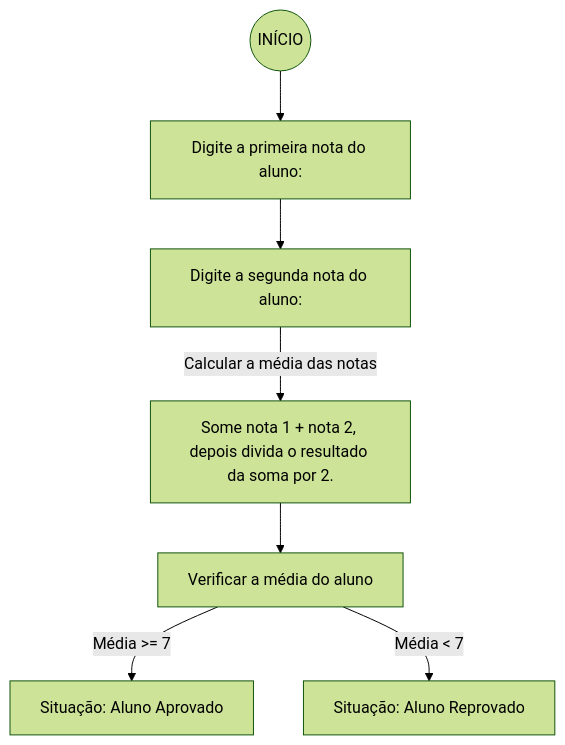
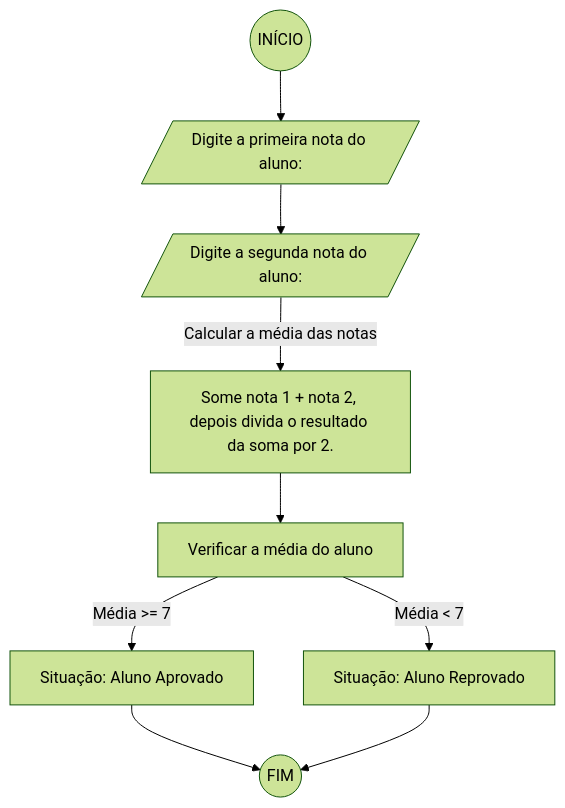
The third of 4 diagrams in RLA/Lista de exercícios 01.md (IamTheNewGhost57/Unifor), drawn with Mermaid (forest theme) before and after one commit. The commit also changed other lines of this file, not shown here.

````diff
--- a/RLA/Lista de exercícios 01.md
+++ b/RLA/Lista de exercícios 01.md
@@ -85,9 +85,11 @@
 ```mermaid
 flowchart TD
-    Inicio((INÍCIO)) --> Nota1[Digite a primeira nota do aluno:]
-    Nota1 --> Nota2[Digite a segunda nota do aluno:]
+    Inicio((INÍCIO)) --> Nota1[/Digite a primeira nota do aluno:/]
+    Nota1 --> Nota2[/Digite a segunda nota do aluno:/]
     Nota2 --Calcular a média das notas--> ResultadoMédia[ Some nota 1 + nota 2, depois divida o resultado da soma por 2.]
     ResultadoMédia --> Situacao[Verificar a média do aluno]
     Situacao --Média >= 7--> Aprovado[Situação: Aluno Aprovado]
     Situacao --Média < 7--> Reprovado[Situação: Aluno Reprovado]
+    Aprovado --> Fim((FIM))
+    Reprovado --> Fim
 ```
````
